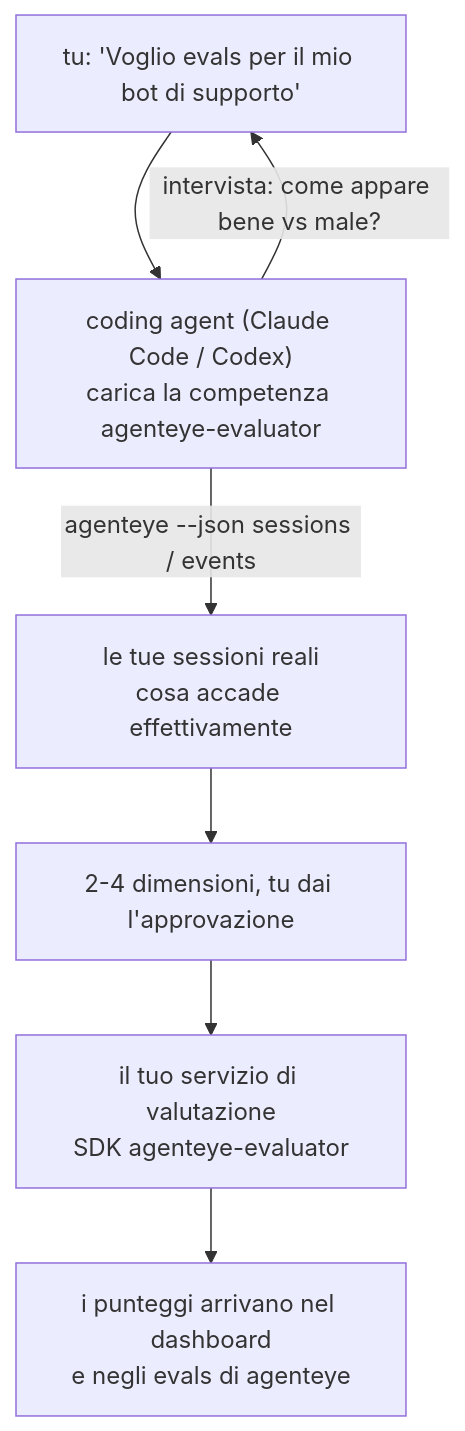
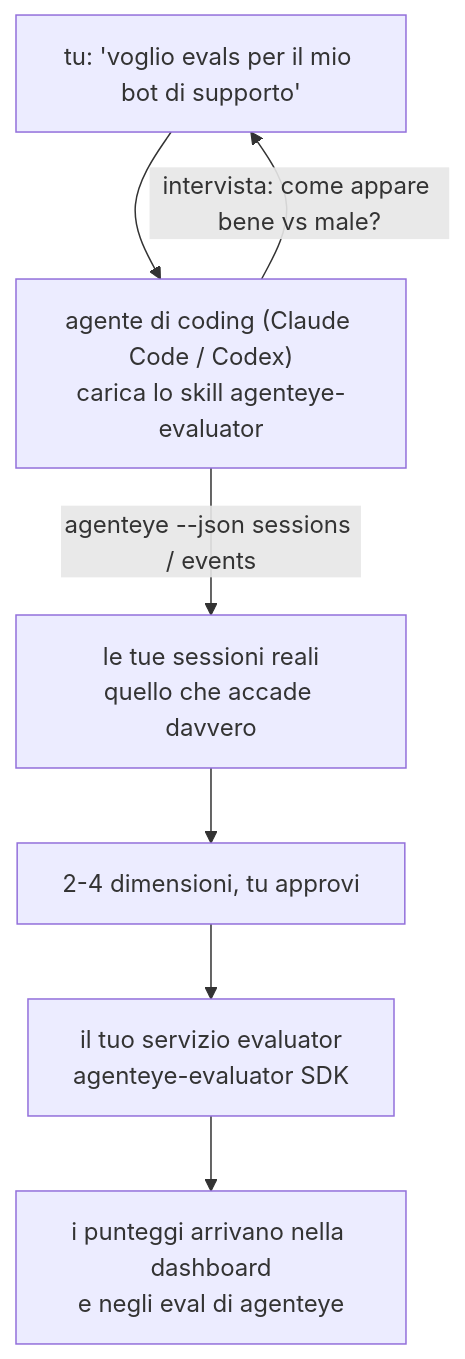
One commit to FailproofAI/failproofai changed the diagram in docs/it/agenteye/evaluator-skill.mdx. Above: the diagram before and after it, drawn with Mermaid. The commit also changed other lines of this file and 650 other files, not shown here.

````diff
--- a/docs/it/agenteye/evaluator-skill.mdx
+++ b/docs/it/agenteye/evaluator-skill.mdx
@@ -21,9 +21,9 @@
 ```mermaid
 flowchart TD
-    YOU["tu: 'Voglio evals per il mio bot di supporto'"] --> AGENT["coding agent (Claude Code / Codex)<br/>carica la competenza agenteye-evaluator"]
+    YOU["tu: 'voglio evals per il mio bot di supporto'"] --> AGENT["agente di coding (Claude Code / Codex)<br/>carica lo skill agenteye-evaluator"]
     AGENT -->|"intervista: come appare bene vs male?"| YOU
-    AGENT -->|"agenteye --json sessions / events"| DATA["le tue sessioni reali<br/>cosa accade effettivamente"]
-    DATA --> DIMS["2-4 dimensioni, tu dai l'approvazione"]
-    DIMS --> SVC["il tuo servizio di valutazione<br/>SDK agenteye-evaluator"]
-    SVC --> SCORES["i punteggi arrivano nel dashboard<br/>e negli evals di agenteye"]
+    AGENT -->|"agenteye --json sessions / events"| DATA["le tue sessioni reali<br/>quello che accade davvero"]
+    DATA --> DIMS["2-4 dimensioni, tu approvi"]
+    DIMS --> SVC["il tuo servizio evaluator<br/>agenteye-evaluator SDK"]
+    SVC --> SCORES["i punteggi arrivano nella dashboard<br/>e negli eval di agenteye"]
 ```
````
